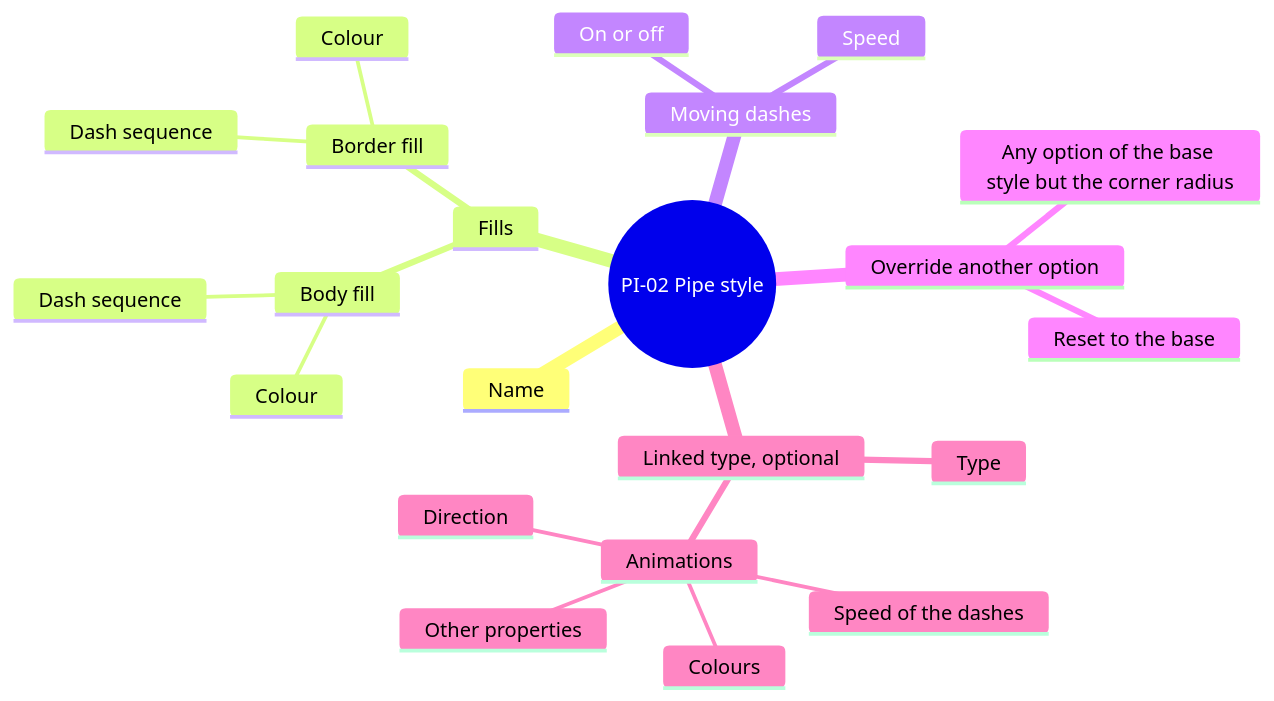
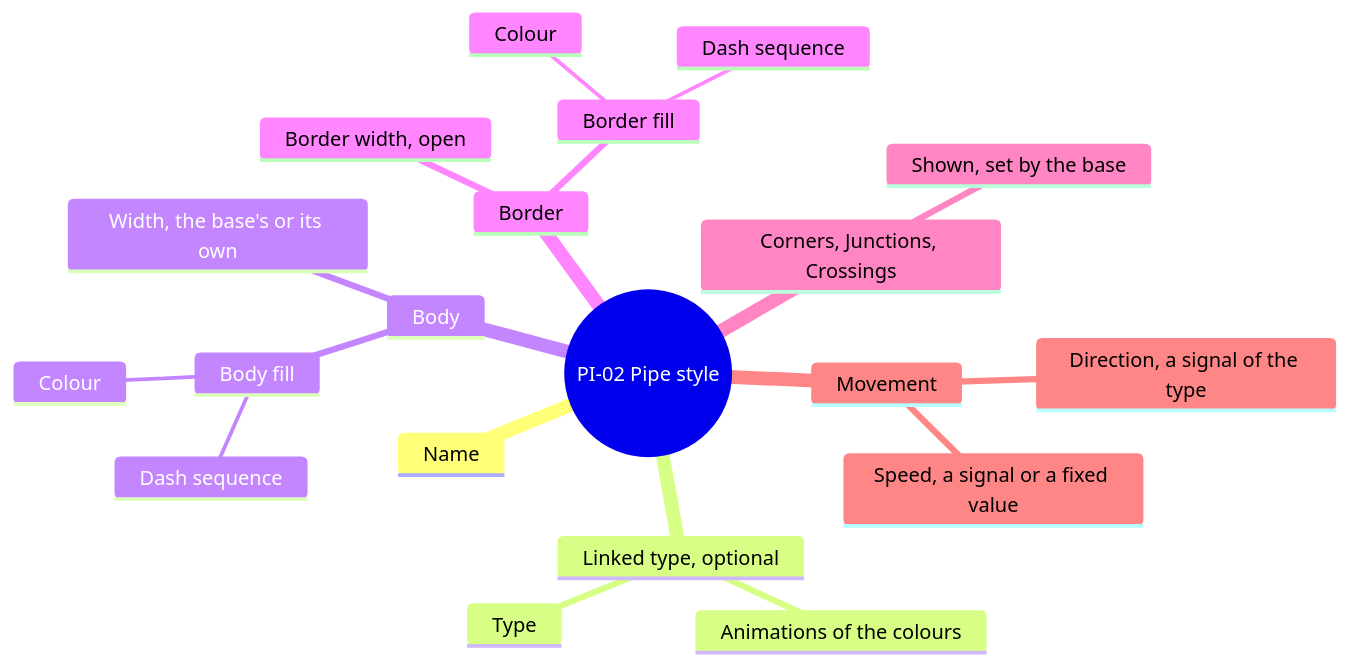
The fourth of 8 diagrams in screens/pipes.md (AlexandreGallais/synoptic-studio-spec), drawn with Mermaid before and after one commit. The commit also changed other lines of this file and 9 other files, not shown here.

````diff
--- a/screens/pipes.md
+++ b/screens/pipes.md
@@ -91,25 +91,23 @@
 ```mermaid
 mindmap
   root((PI-02 Pipe style))
     Name
-    Fills
+    Linked type, optional
+      Type
+      Animations of the colours
+    Body
+      Width, the base's or its own
       Body fill
         Colour
         Dash sequence
+    Border
+      Border width, open
       Border fill
         Colour
         Dash sequence
-    Moving dashes
-      On or off
-      Speed
-    Override another option
-      Any option of the base style but the corner radius
-      Reset to the base
-    Linked type, optional
-      Type
-      Animations
-        Speed of the dashes
-        Direction
-        Colours
-        Other properties
+    Corners, Junctions, Crossings
+      Shown, set by the base
+    Movement
+      Direction, a signal of the type
+      Speed, a signal or a fixed value
 ```
````
